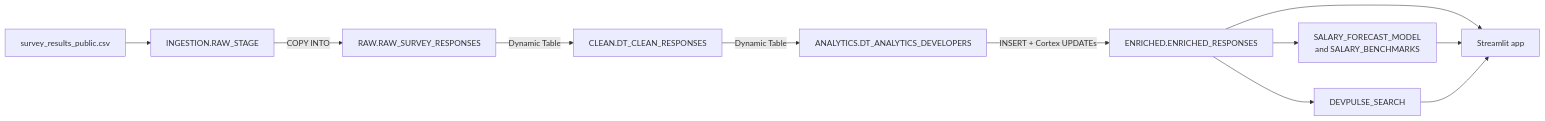
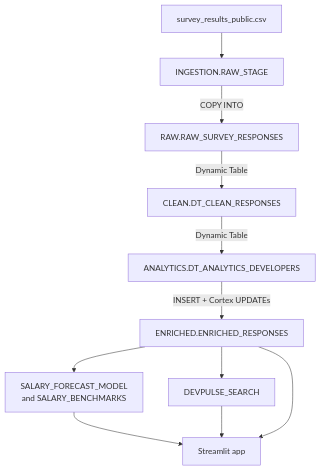
The diagram in README.md (WDXII/DevPulseIntel), drawn with Mermaid before and after one commit.

Commit message:
Fix mermaid architecture diagram: quote labels, switch to top-down layout

````diff
--- a/README.md
+++ b/README.md
@@ -25,13 +25,13 @@
 ```mermaid
-flowchart LR
+flowchart TB
     CSV["survey_results_public.csv"] --> STAGE["INGESTION.RAW_STAGE"]
     STAGE -->|"COPY INTO"| RAW["RAW.RAW_SURVEY_RESPONSES"]
     RAW -->|"Dynamic Table"| CLEAN["CLEAN.DT_CLEAN_RESPONSES"]
     CLEAN -->|"Dynamic Table"| ANALYTICS["ANALYTICS.DT_ANALYTICS_DEVELOPERS"]
     ANALYTICS -->|"INSERT + Cortex UPDATEs"| ENRICHED["ENRICHED.ENRICHED_RESPONSES"]
     ENRICHED --> ML["SALARY_FORECAST_MODEL<br/>and SALARY_BENCHMARKS"]
     ENRICHED --> SEARCH["DEVPULSE_SEARCH"]
-    ENRICHED --> APP["Streamlit app"]
-    ML --> APP
+    ML --> APP["Streamlit app"]
     SEARCH --> APP
+    ENRICHED --> APP
 ```
````
